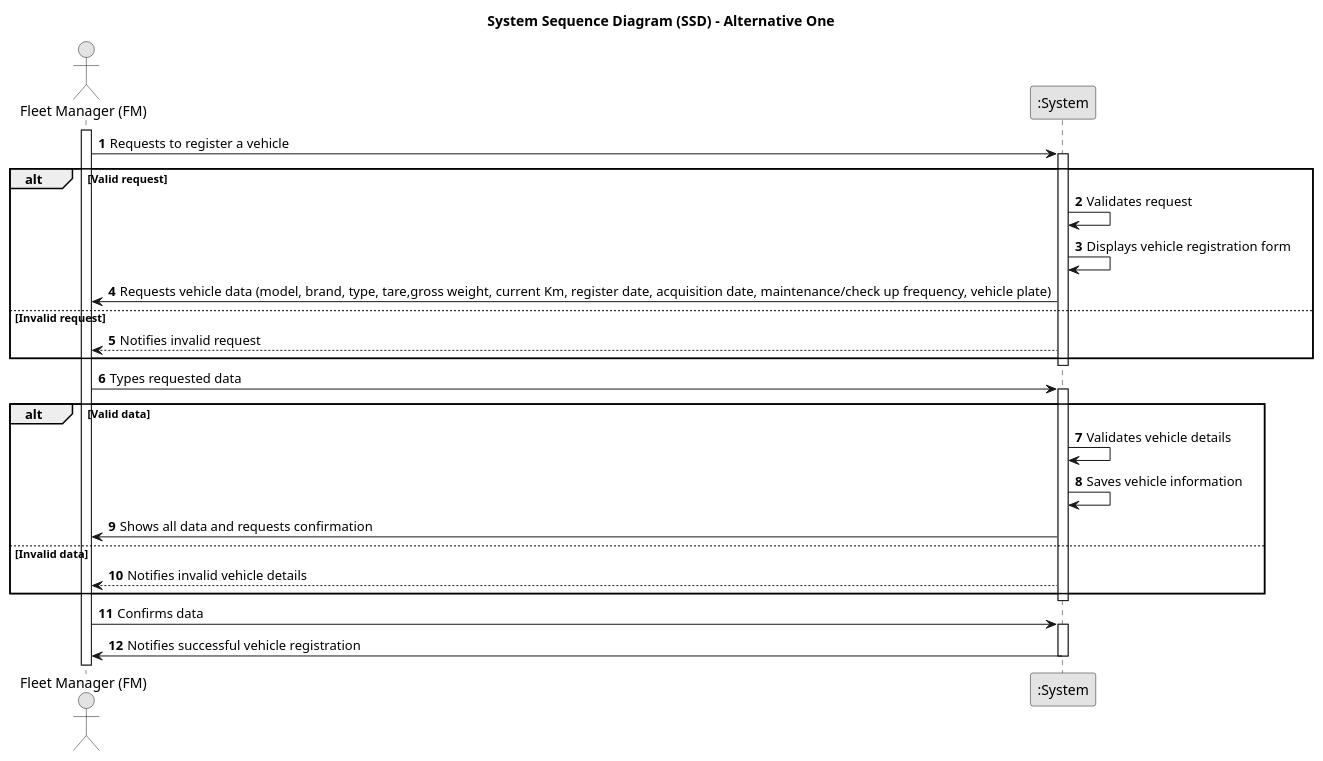
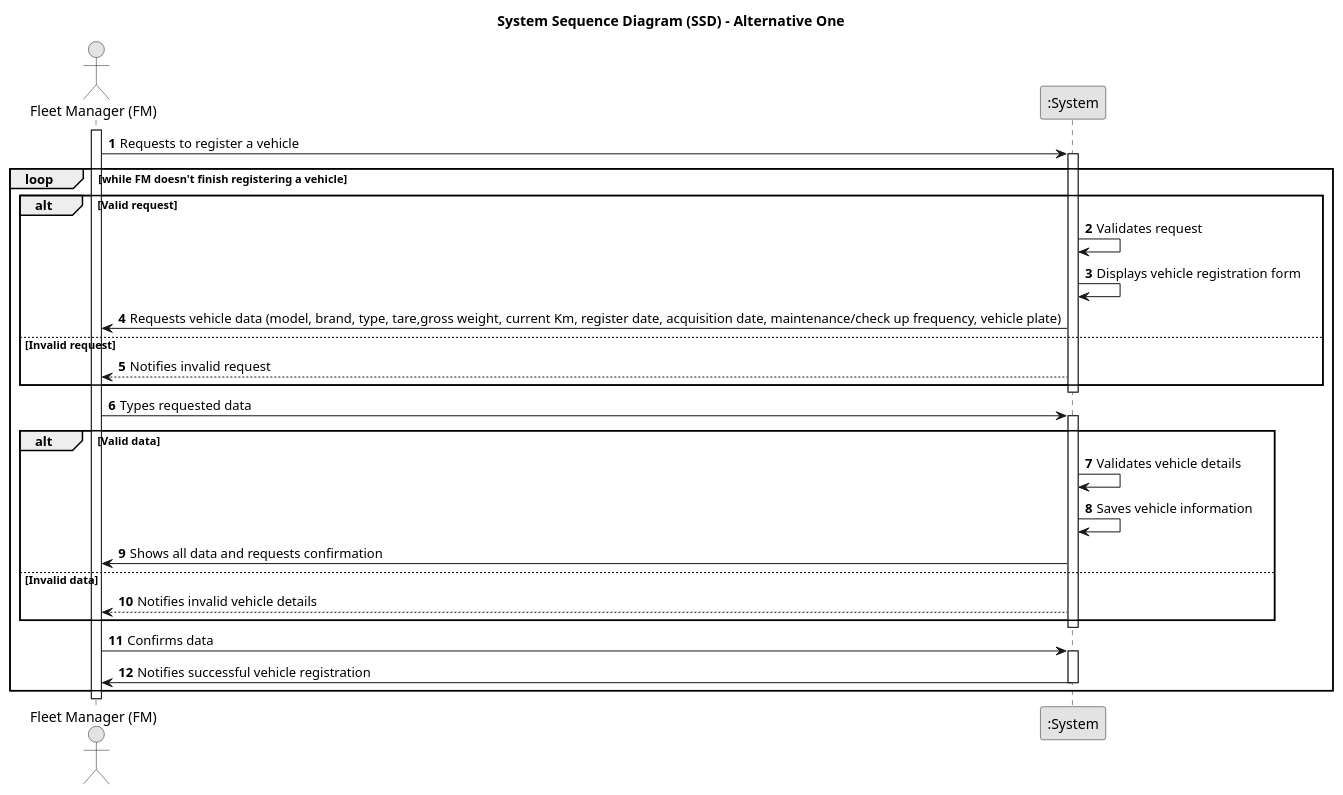
Before and after one commit to RicardoMorim/lapr2-ISEP-Project: the diagram in docs/sprintA/us006/01.requirements-engineering/puml/us006-system-sequence-diagram-alternative-one.puml, drawn with PlantUML. The commit also changed 1 other file, not shown here.

Commit message:
Updated us06 system sequence diagram and created the domain model also for us06

```diff
--- a/docs/sprintA/us006/01.requirements-engineering/puml/us006-system-sequence-diagram-alternative-one.puml
+++ b/docs/sprintA/us006/01.requirements-engineering/puml/us006-system-sequence-diagram-alternative-one.puml
@@ -1,39 +1,40 @@
 @startuml
 skinparam monochrome true
 skinparam packageStyle rectangle
 skinparam shadowing false
 
 actor "Fleet Manager (FM)" as FM
 participant ":System" as System
 autonumber
 
 title System Sequence Diagram (SSD) - Alternative One
 activate FM
 
 FM -> System : Requests to register a vehicle
+loop while FM doesn't finish registering a vehicle
 activate System
 alt Valid request
 System -> System: Validates request
     System -> System: Displays vehicle registration form
     System -> FM : Requests vehicle data (model, brand, type, tare,gross weight, current Km, register date, acquisition date, maintenance/check up frequency, vehicle plate)
 else Invalid request
     System --> FM: Notifies invalid request
 end
 deactivate System
     FM -> System : Types requested data
     activate System
 alt Valid data
 System -> System: Validates vehicle details
     System -> System: Saves vehicle information
     System -> FM : Shows all data and requests confirmation
 else Invalid data
 System --> FM: Notifies invalid vehicle details
 end
 deactivate System
     FM -> System : Confirms data
     activate System
 
     System -> FM: Notifies successful vehicle registration
 deactivate System
-
+end
 @enduml
```
